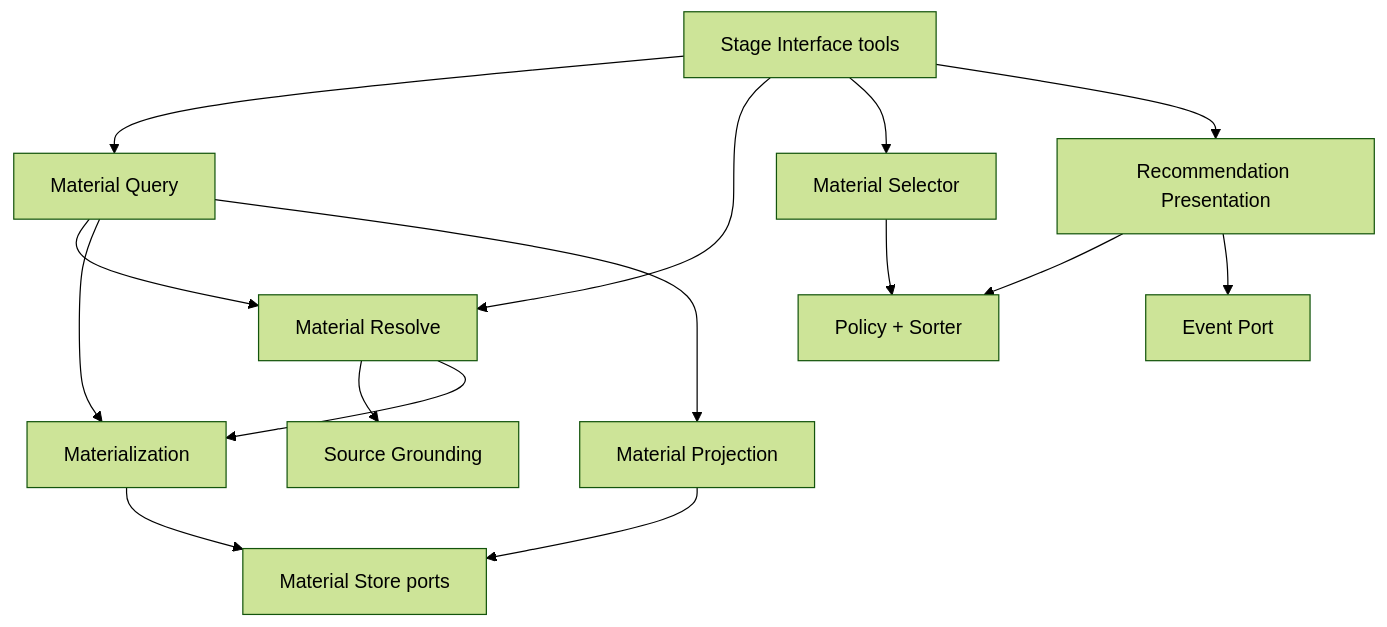
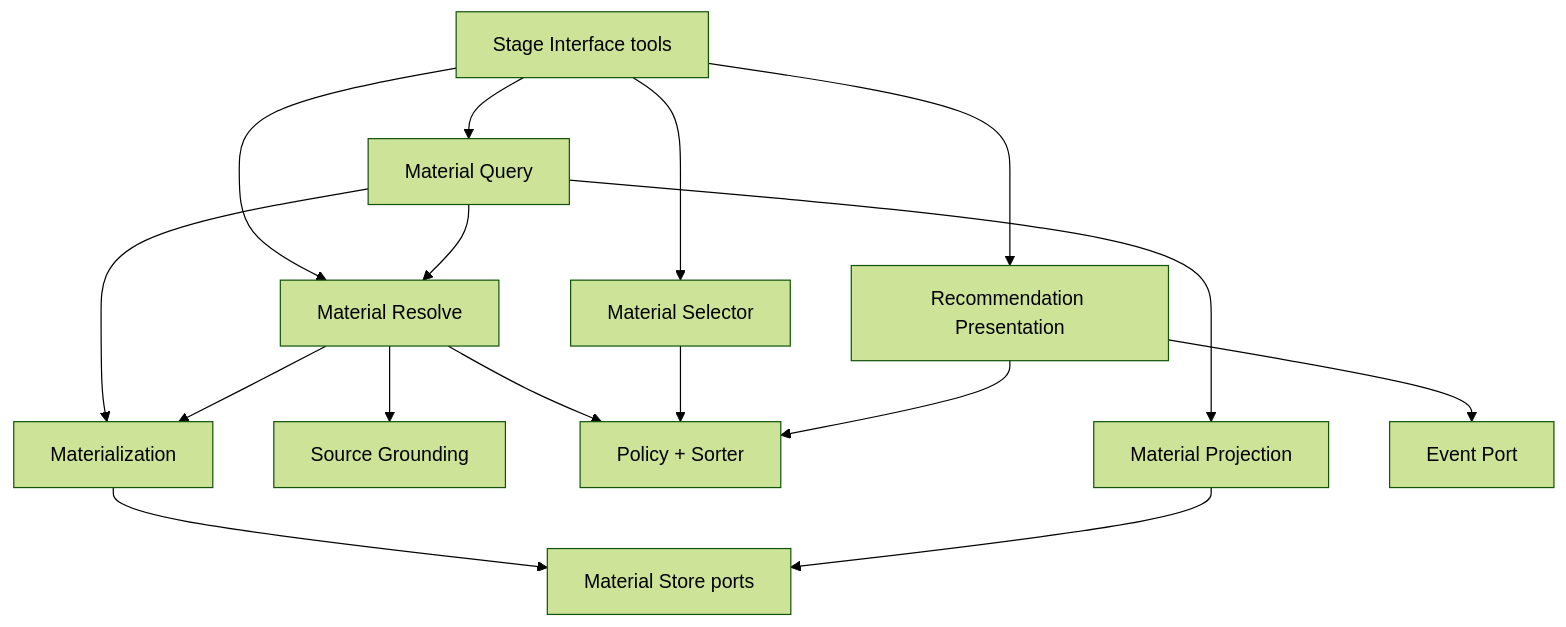
Before and after one commit to Odefined/MineMusic: the diagram in docs/material/design.md, drawn with Mermaid (forest theme). The commit also changed other lines of this file and 21 other files, not shown here.

````diff
--- a/docs/material/design.md
+++ b/docs/material/design.md
@@ -40,17 +40,18 @@
 ```mermaid
 flowchart TD
     SI["Stage Interface tools"] --> MQ["Material Query"]
     SI --> MR["Material Resolve"]
     SI --> MSel["Material Selector"]
     SI --> RP["Recommendation Presentation"]
     MQ --> MR
     MQ --> MM["Materialization"]
     MR --> SG["Source Grounding"]
     MR --> MM
+    MR --> POL["Policy + Sorter"]
     MQ --> MP["Material Projection"]
-    MSel --> POL["Policy + Sorter"]
+    MSel --> POL
     RP --> POL
     RP --> EV["Event Port"]
     MM --> STORE["Material Store ports"]
     MP --> STORE
 ```
````
